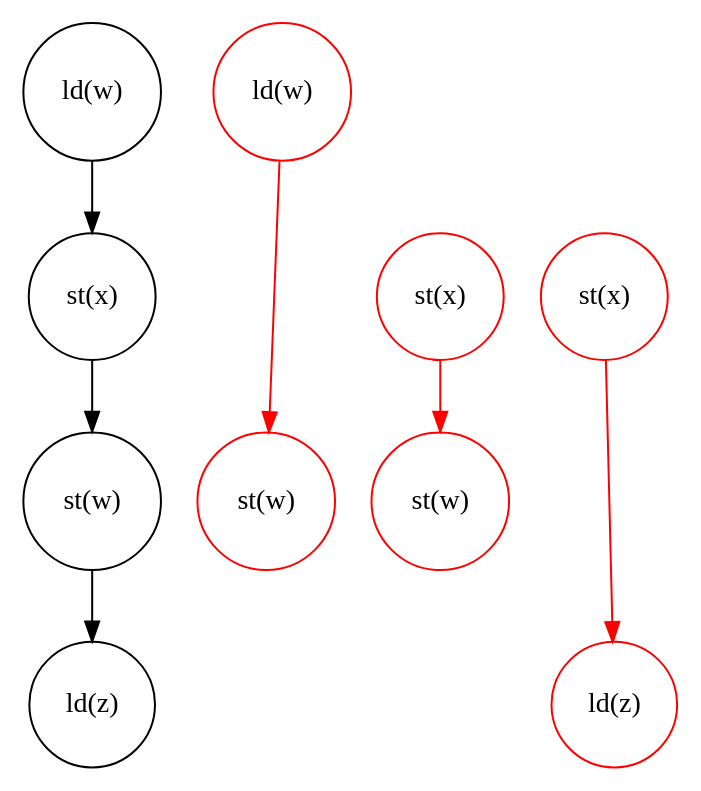
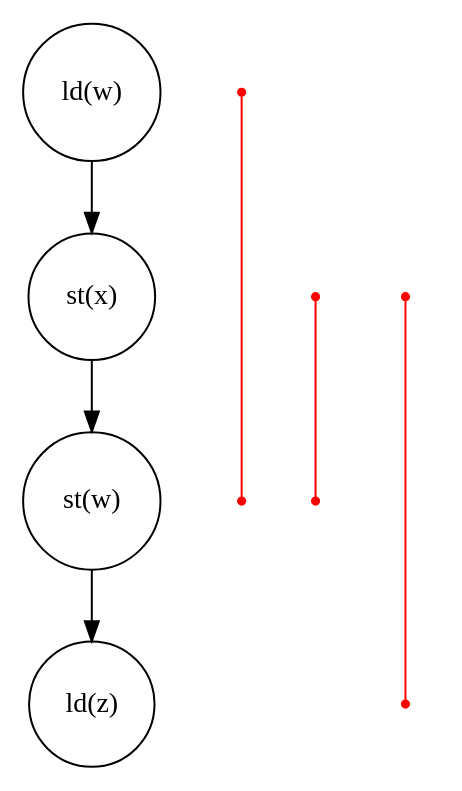
The third of 10 diagrams in presentation.org (johnbender/oopsla-2015-presentation), drawn with Graphviz before and after one commit. The commit also changed other lines of this file and 11 other files, not shown here.

Commit message:
alter the algorithm graphs per feedback

```diff
--- a/presentation.org
+++ b/presentation.org
@@ -839,40 +806,40 @@
    #+BEGIN_SRC dot :file assets/images/full-graph-third-input.png :exports results
 digraph a {
  splines=line
  node [shape = circle];
  1 [label="ld(w)"]
  2 [label="st(x)"]
  3 [label="st(w)"]
  4 [label="ld(z)"]
 
  1 -> 2
  2 -> 3
  3 -> 4
 
- node[shape=circle]
- 5 [label="ld(w)", color="red"]
- 7 [label="st(w)", color="red"]
+ node[shape=point]
+ 5 [color="red"]
+ 7 [color="red"]
 
- 9 [label="st(x)", color="red"]
- 10 [label="st(w)", color="red"]
+ 9 [color="red"]
+ 10 [ color="red"]
 
- 6 [label="st(x)", color="red"]
- 8 [label="ld(z)", color="red"]
+ 6 [color="red"]
+ 8 [ color="red"]
 
  node[shape=point style=invis]
  splines=line
  5 -> m [style=invis]
  m -> 7 [style=invis]
  n -> 6 [style=invis]
  6 -> o [style=invis]
  o -> 8 [style=invis]
  p -> 9 [style=invis]
 
 
- 5 -> 7 [color="red"]
+ 5 -> 7 [color="red"  arrowhead=none]
 
- 9 -> 10 [color="red"]
+ 9 -> 10 [color="red"  arrowhead=none]
 
- 6 -> 8 [color="red"]
+ 6 -> 8 [color="red"  arrowhead=none]
 }
    #+END_SRC
```
